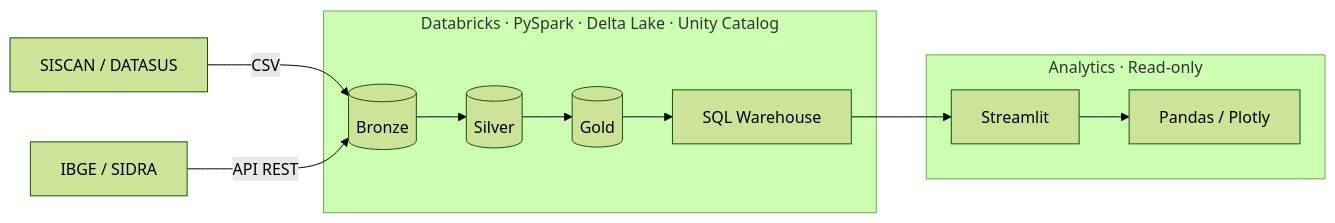
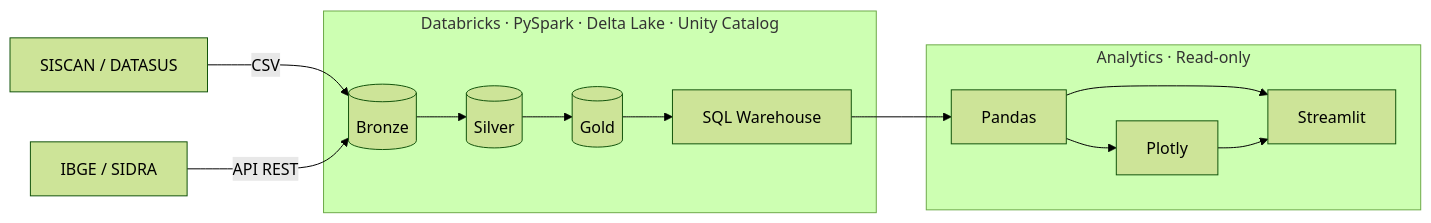
The diagram in README.md (ThaisdosSantos/siscan-data-analytics), drawn with Mermaid (forest theme) before and after one commit.

Commit message:
feature: corrigir fluxo da camada analítica no diagrama de arquitetura

````diff
--- a/README.md
+++ b/README.md
@@ -22,16 +22,19 @@
 ```mermaid
 flowchart LR
     A["SISCAN / DATASUS"] -->|CSV| B
     I["IBGE / SIDRA"] -->|API REST| B
 
     subgraph Databricks["Databricks · PySpark · Delta Lake · Unity Catalog"]
         B[("Bronze")] --> C[("Silver")]
         C --> D[("Gold")]
         D --> Q["SQL Warehouse"]
     end
 
     subgraph Application["Analytics · Read-only"]
-        Q --> S["Streamlit"]
-        S --> P["Pandas / Plotly"]
+        P["Pandas"] --> V["Plotly"]
+        P --> S["Streamlit"]
+        V --> S
     end
+
+    Q --> P
 ```
````
